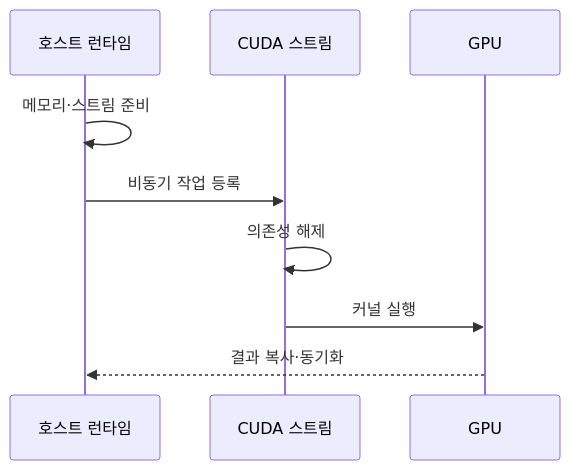
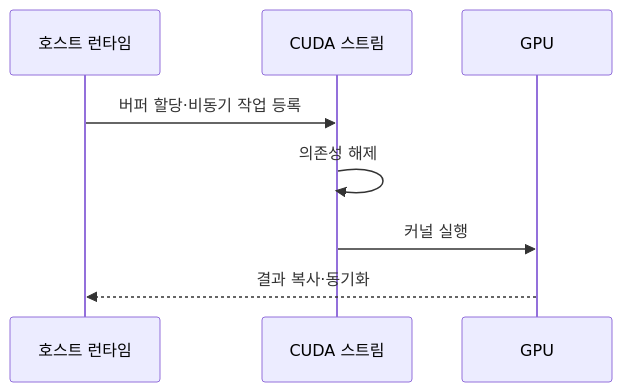
The second of 2 diagrams in src/content/docs/notes/02-hardware/042_cuda_parallel_computing.md (agnusdei1207/knowledge-base), drawn with Mermaid before and after one commit. The commit also changed other lines of this file, not shown here.

Commit message:
docs: 2과목 CUDA 핵심 절차 통합

````diff
--- a/src/content/docs/notes/02-hardware/042_cuda_parallel_computing.md
+++ b/src/content/docs/notes/02-hardware/042_cuda_parallel_computing.md
@@ -87,11 +87,10 @@
 ```mermaid
 sequenceDiagram
     participant H as 호스트 런타임
     participant S as CUDA 스트림
     participant G as GPU
-    H->>H: 메모리·스트림 준비
-    H->>S: 비동기 작업 등록
+    H->>S: 버퍼 할당·비동기 작업 등록
     S->>S: 의존성 해제
     S->>G: 커널 실행
     G-->>H: 결과 복사·동기화
 ```
````
